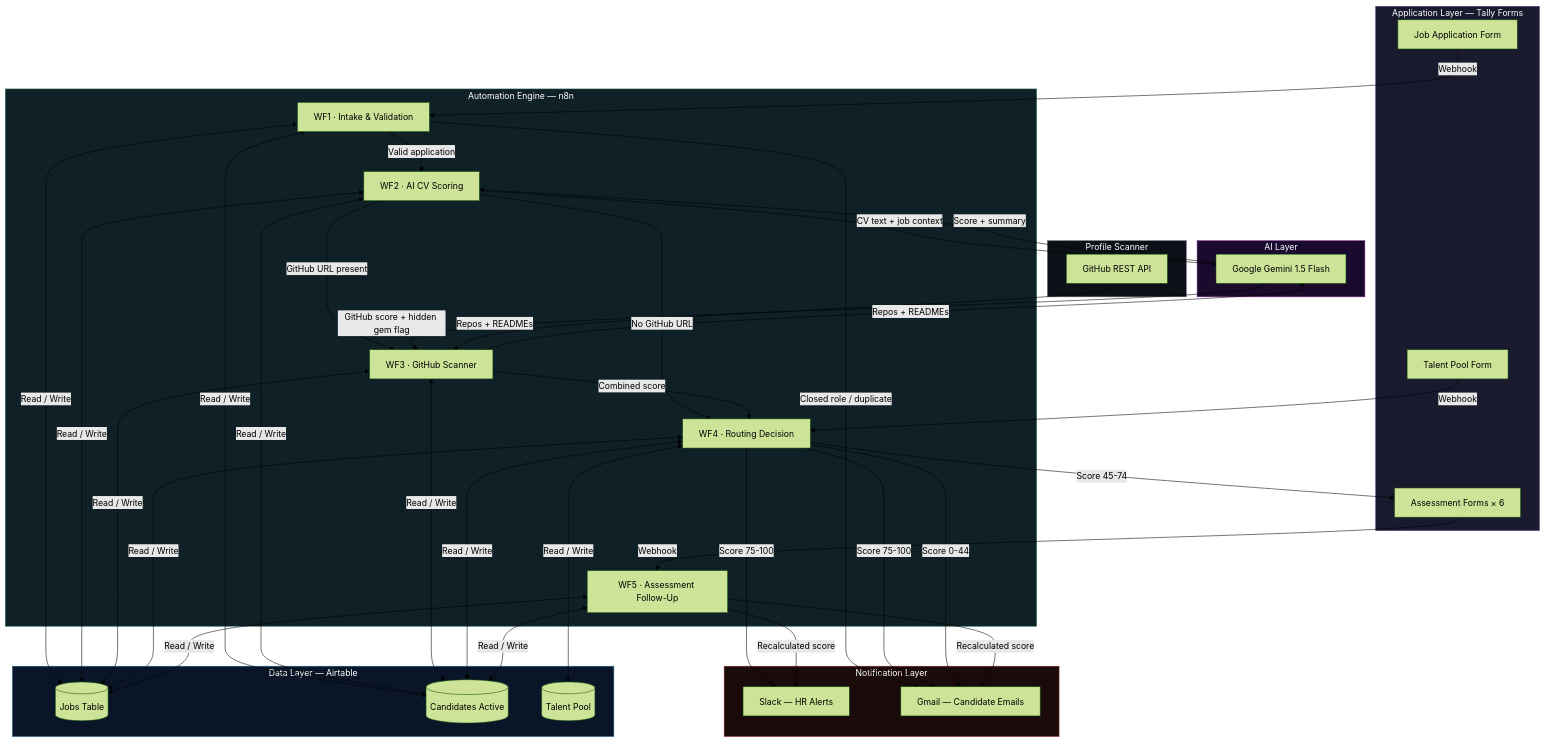
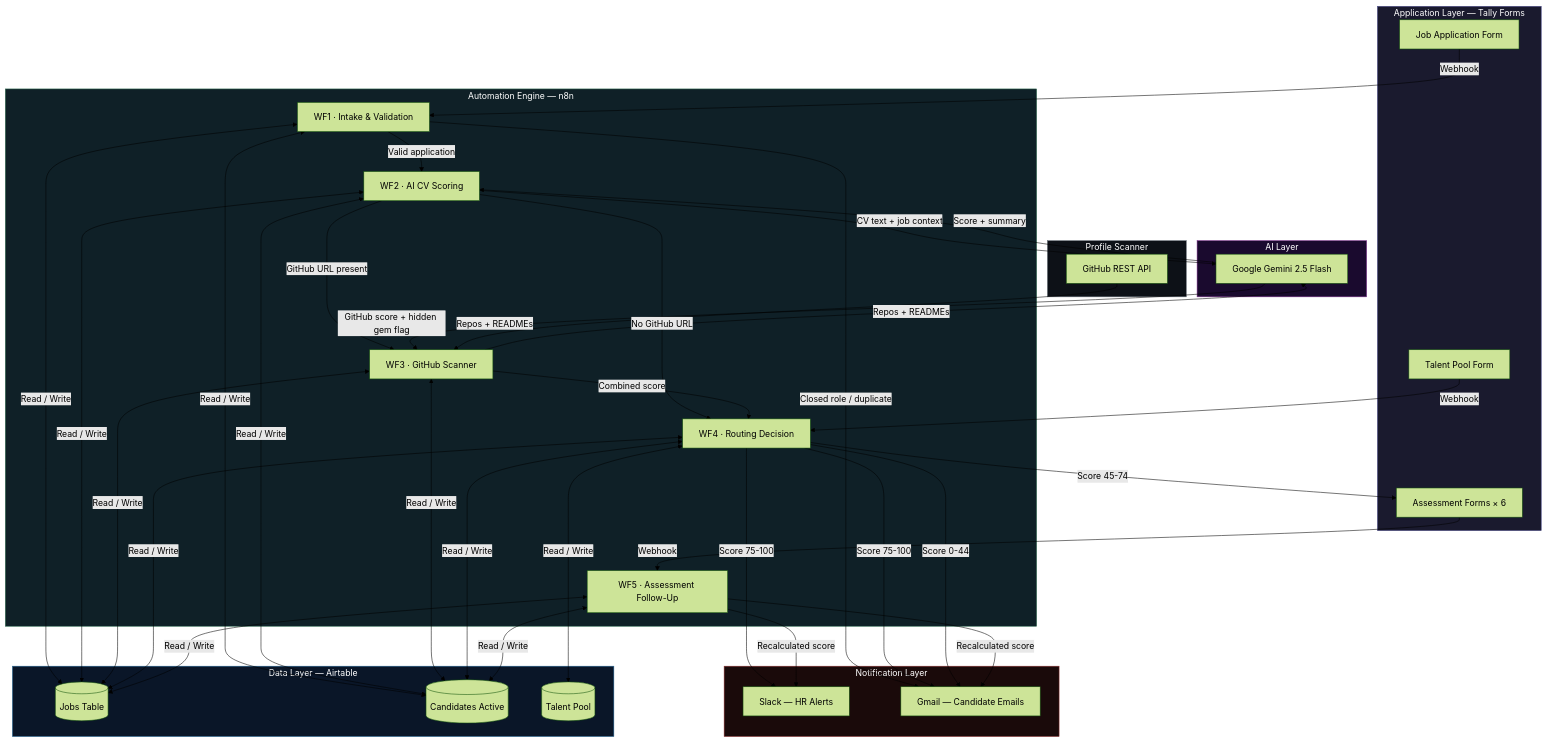
Before and after one commit to PrometheusForge/ai-recruitment-pipeline: the diagram in README.md, drawn with Mermaid (forest theme). The commit also changed other lines of this file, not shown here.

First line of the commit message:
Update Google Gemini version and add implementation notes

````diff
--- a/README.md
+++ b/README.md
@@ -1,65 +1,65 @@
 ```mermaid
 graph TB
     subgraph Forms["Application Layer — Tally Forms"]
         AF[Job Application Form]
         AS[Assessment Forms × 6]
         TF[Talent Pool Form]
     end
 
     subgraph Engine["Automation Engine — n8n"]
         WF1[WF1 · Intake & Validation]
         WF2[WF2 · AI CV Scoring]
         WF3[WF3 · GitHub Scanner]
         WF4[WF4 · Routing Decision]
         WF5[WF5 · Assessment Follow-Up]
     end
 
     subgraph AI["AI Layer"]
-        GM[Google Gemini 1.5 Flash]
+        GM[Google Gemini 2.5 Flash]
     end
 
     subgraph Data["Data Layer — Airtable"]
         DB1[(Jobs Table)]
         DB2[(Candidates Active)]
         DB3[(Talent Pool)]
     end
 
     subgraph GitHub["Profile Scanner"]
         GH[GitHub REST API]
     end
 
     subgraph Output["Notification Layer"]
         SL[Slack — HR Alerts]
         ML[Gmail — Candidate Emails]
     end
 
     AF -->|Webhook| WF1
     WF1 -->|Valid application| WF2
     WF1 -->|Closed role / duplicate| ML
     WF2 -->|CV text + job context| GM
     GM -->|Score + summary| WF2
     WF2 -->|GitHub URL present| WF3
     WF2 -->|No GitHub URL| WF4
     WF3 -->|Repos + READMEs| GM
     GM -->|GitHub score + hidden gem flag| WF3
     WF3 -->|Combined score| WF4
     WF4 -->|Score 75-100| SL
     WF4 -->|Score 75-100| ML
     WF4 -->|Score 45-74| AS
     WF4 -->|Score 0-44| ML
     AS -->|Webhook| WF5
     TF -->|Webhook| WF4
     WF5 -->|Recalculated score| SL
     WF5 -->|Recalculated score| ML
     WF1 & WF2 & WF3 & WF4 & WF5 <-->|Read / Write| DB1
     WF1 & WF2 & WF3 & WF4 & WF5 <-->|Read / Write| DB2
     WF4 <-->|Read / Write| DB3
     GH -->|Repos + READMEs| WF3
 
     style Forms fill:#1a1a2e,stroke:#4a4a8a,color:#ffffff
     style Engine fill:#0f2027,stroke:#2d6a4f,color:#ffffff
     style AI fill:#1a0a2e,stroke:#7b2d8b,color:#ffffff
     style Data fill:#0a1628,stroke:#1e6091,color:#ffffff
     style GitHub fill:#0d1117,stroke:#656d76,color:#ffffff
     style Output fill:#1a0a0a,stroke:#8b2d2d,color:#ffffff
 ```
````
